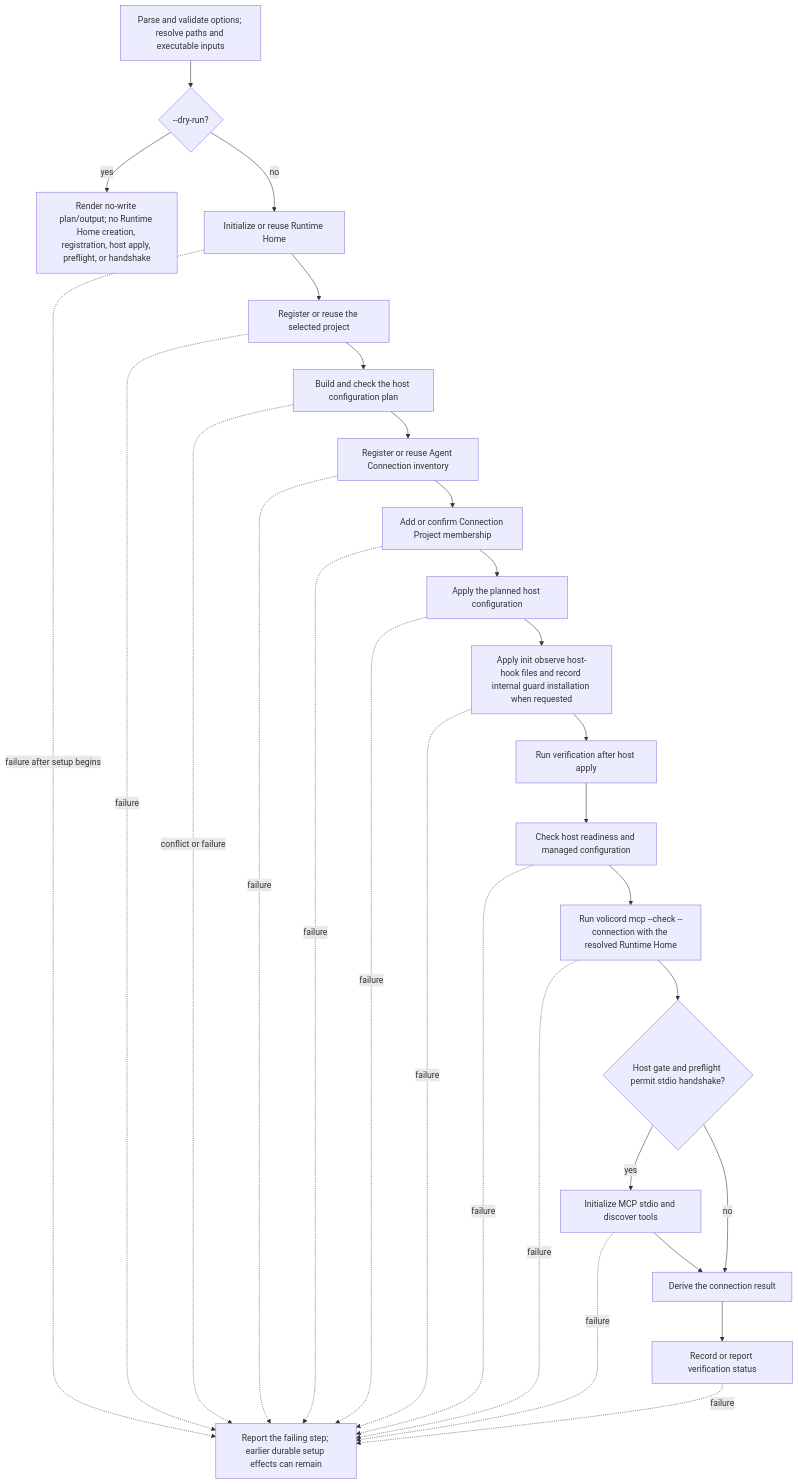
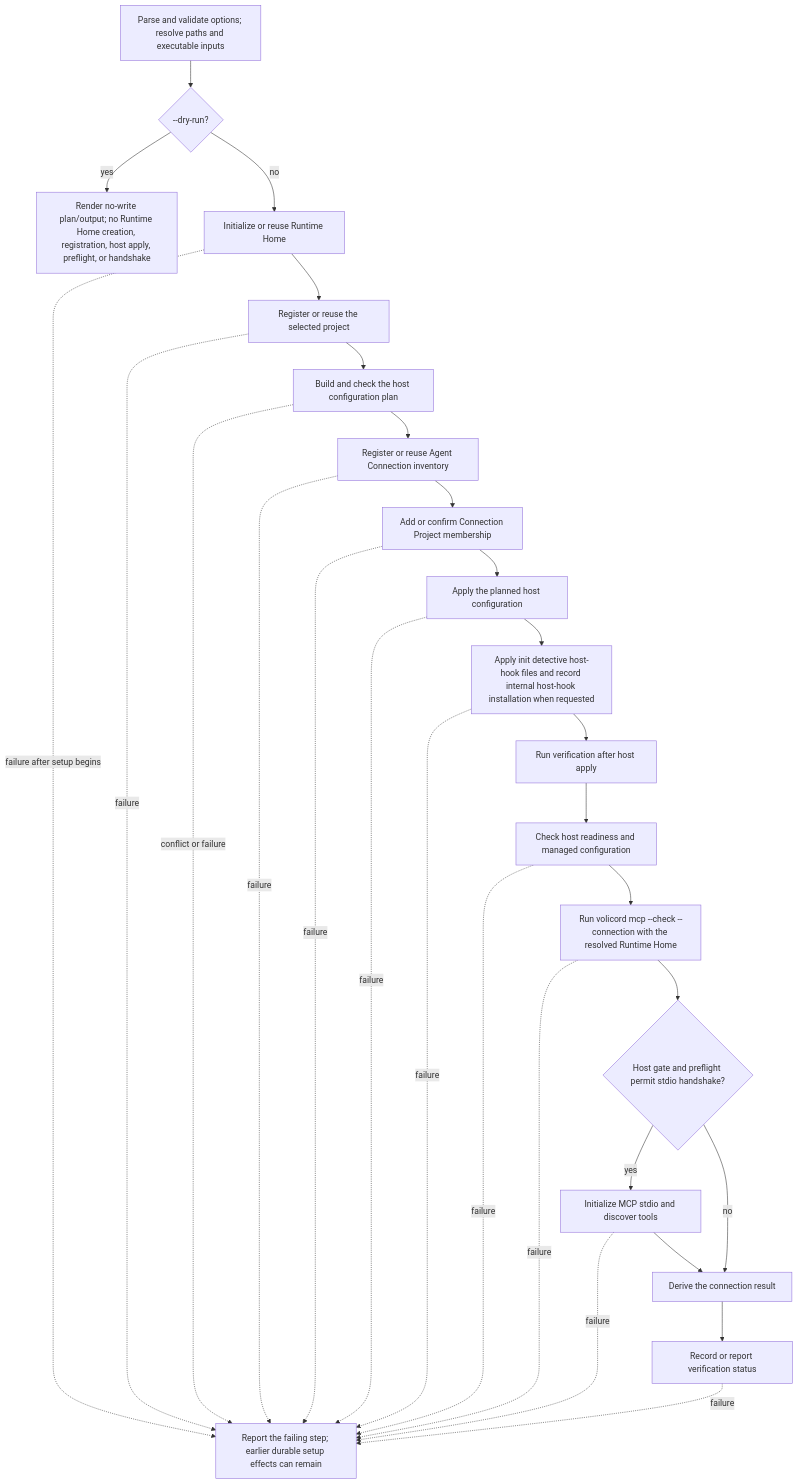
One commit to minjungw00/Volicord changed the fourth of 4 diagrams in docs/en/development/architecture.md. Above: the diagram before and after it, drawn with Mermaid. The commit also changed other lines of this file and 75 other files, not shown here.

Commit message:
refactor: rename observe profile to detective

````diff
--- a/docs/en/development/architecture.md
+++ b/docs/en/development/architecture.md
@@ -301,39 +301,39 @@
 ```mermaid
 flowchart TD
   parse["Parse and validate options; resolve paths and executable inputs"]
   dry{"--dry-run?"}
   dryout["Render no-write plan/output; no Runtime Home creation, registration, host apply, preflight, or handshake"]
   runtime["Initialize or reuse Runtime Home"]
   project["Register or reuse the selected project"]
   plan["Build and check the host configuration plan"]
   connection["Register or reuse Agent Connection inventory"]
   membership["Add or confirm Connection Project membership"]
   host["Apply the planned host configuration"]
-  integration["Apply init observe host-hook files and record internal guard installation when requested"]
+  integration["Apply init detective host-hook files and record internal host-hook installation when requested"]
   verify["Run verification after host apply"]
   readiness["Check host readiness and managed configuration"]
   preflight["Run volicord mcp --check --connection with the resolved Runtime Home"]
   gate{"Host gate and preflight permit stdio handshake?"}
   handshake["Initialize MCP stdio and discover tools"]
   aggregate["Derive the connection result"]
   final["Record or report verification status"]
   fail["Report the failing step; earlier durable setup effects can remain"]
 
   parse --> dry
   dry -- yes --> dryout
   dry -- no --> runtime --> project --> plan --> connection --> membership --> host --> integration --> verify
   verify --> readiness --> preflight --> gate
   gate -- yes --> handshake --> aggregate --> final
   gate -- no --> aggregate
   runtime -. failure after setup begins .-> fail
   project -. failure .-> fail
   plan -. conflict or failure .-> fail
   connection -. failure .-> fail
   membership -. failure .-> fail
   host -. failure .-> fail
   integration -. failure .-> fail
   readiness -. failure .-> fail
   preflight -. failure .-> fail
   handshake -. failure .-> fail
   final -. failure .-> fail
 ```
````
